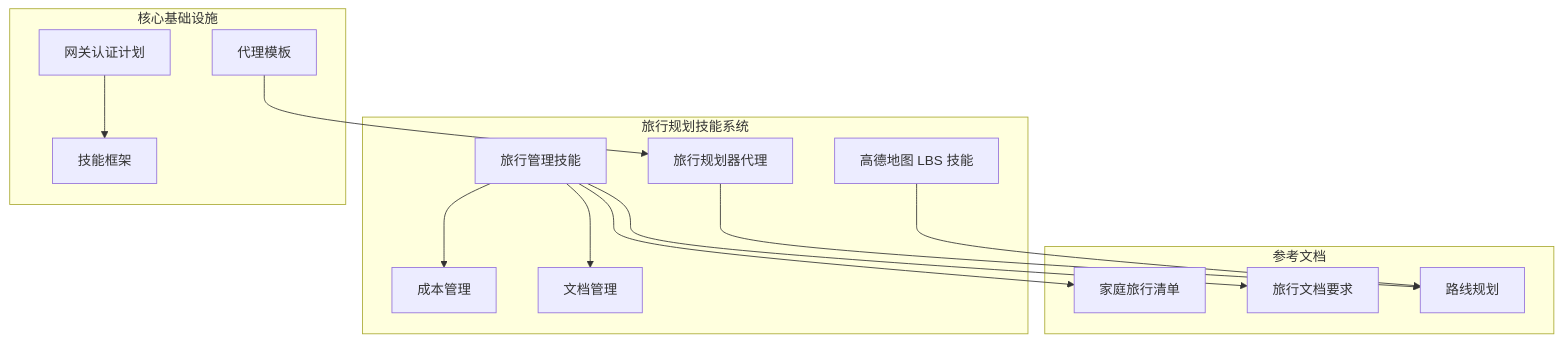
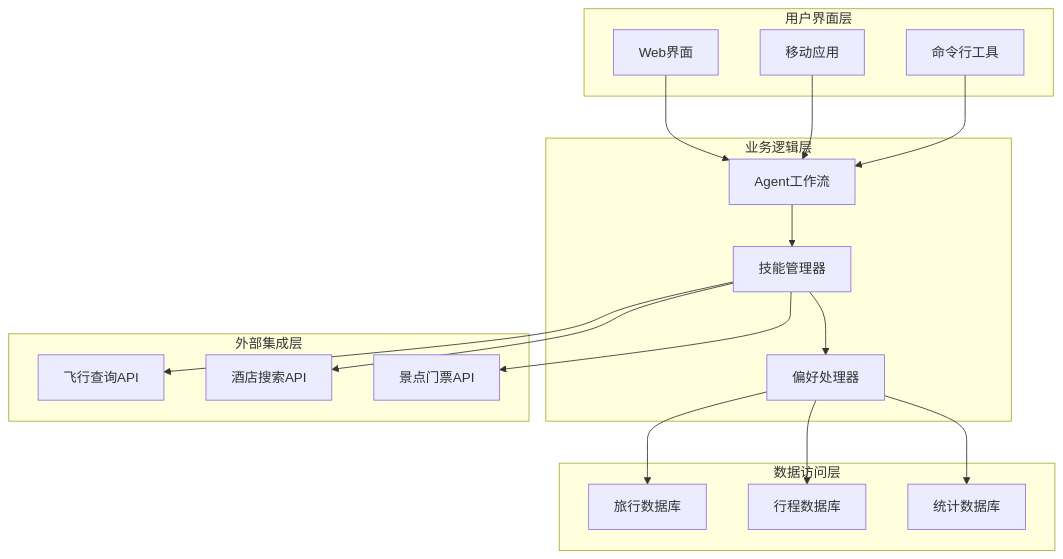
Before and after one commit to verse-ai-org/openclaw: the second of 8 diagrams in .qoder/repowiki/zh/content/技能平台/内置技能/旅行规划技能系统.md, drawn with Mermaid. The commit also changed other lines of this file and 14 other files, not shown here.

````diff
--- a/.qoder/repowiki/zh/content/技能平台/内置技能/旅行规划技能系统.md
+++ b/.qoder/repowiki/zh/content/技能平台/内置技能/旅行规划技能系统.md
@@ -36,28 +141,34 @@
 ```mermaid
 graph TB
-subgraph "旅行规划技能系统"
-TM[旅行管理技能]
-TP[旅行规划器代理]
-LBS[高德地图 LBS 技能]
-CM[成本管理]
-DM[文档管理]
+subgraph "用户界面层"
+A[Web界面]
+B[移动应用]
+C[命令行工具]
 end
-subgraph "参考文档"
-FTC[家庭旅行清单]
-TD[旅行文档要求]
-TR[路线规划]
+subgraph "业务逻辑层"
+D[Agent工作流]
+E[技能管理器]
+F[偏好处理器]
 end
-subgraph "核心基础设施"
-GW[网关认证计划]
-AG[代理模板]
-SK[技能框架]
+subgraph "数据访问层"
+G[旅行数据库]
+H[行程数据库]
+I[统计数据库]
 end
-TM --> FTC
-TM --> TD
-TM --> CM
-TM --> DM
-TP --> TR
-LBS --> TR
-GW --> SK
-AG --> TP
+subgraph "外部集成层"
+J[飞行查询API]
+K[酒店搜索API]
+L[景点门票API]
+end
+A --> D
+B --> D
+C --> D
+D --> E
+E --> F
+F --> G
+F --> H
+F --> I
+E --> J
+E --> K
+E --> L
 ```
````
